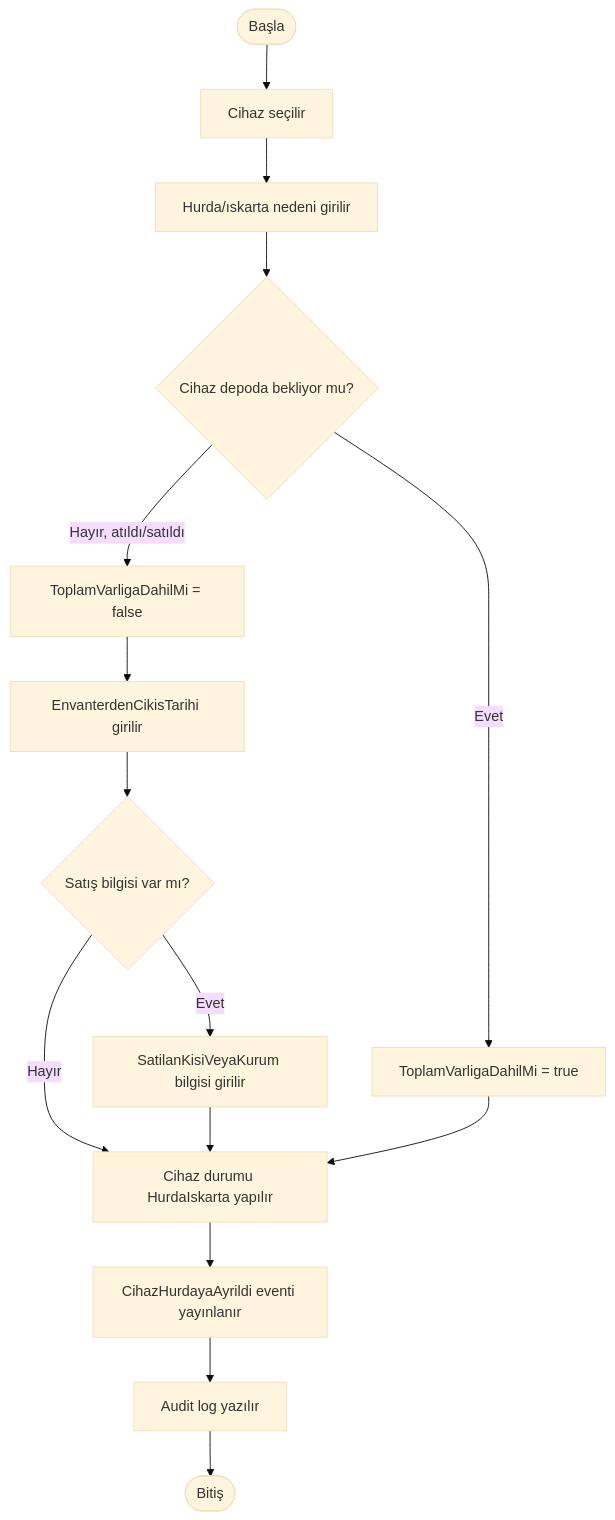
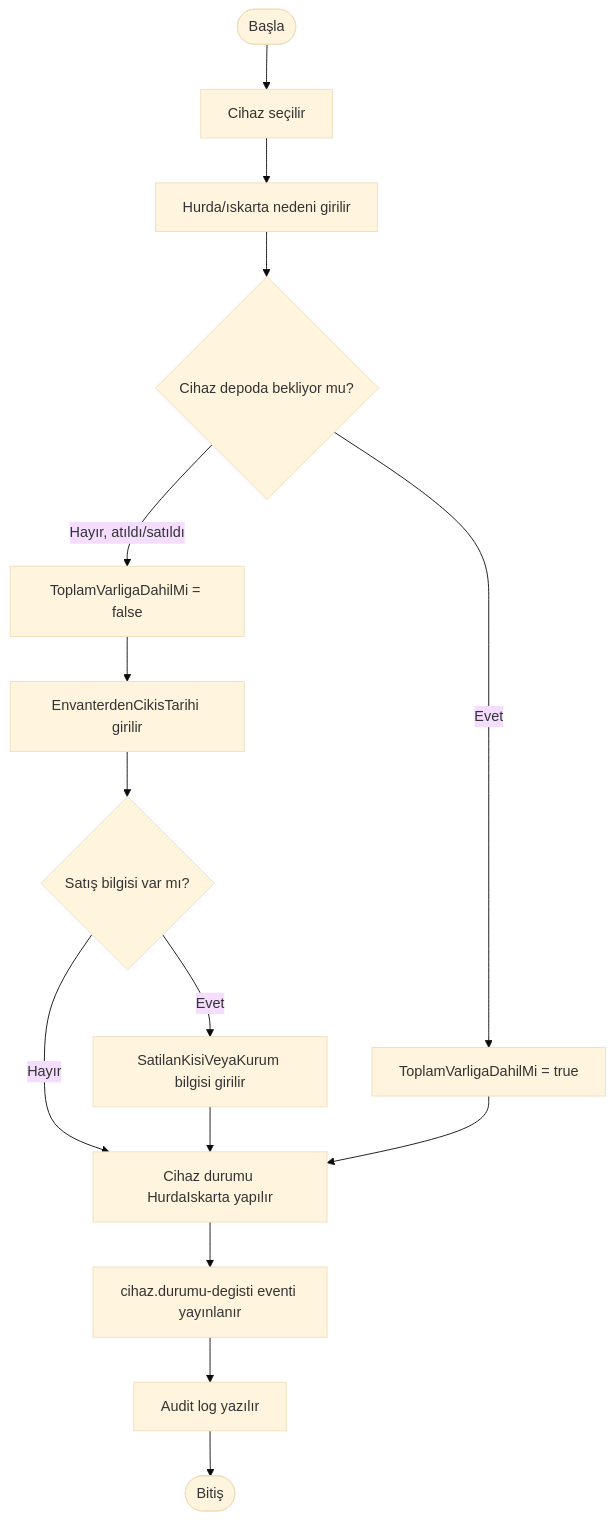
One commit to fatihdmrc/ITEnvanterTakibiMikroservisProjesi changed the diagram in dokümanlar/diyagram kodları/İş Akışları/is-akisi-hurda-iskarta.mmd. Above: the diagram before and after it, drawn with Mermaid (base theme). The commit also changed 80 other files, not shown here.

```diff
--- a/dokümanlar/diyagram kodları/İş Akışları/is-akisi-hurda-iskarta.mmd
+++ b/dokümanlar/diyagram kodları/İş Akışları/is-akisi-hurda-iskarta.mmd
@@ -1,29 +1,29 @@
 flowchart TB
     Start([Başla])
     CihazSec["Cihaz seçilir"]
     Neden["Hurda/ıskarta nedeni girilir"]
     DepodaMi{"Cihaz depoda bekliyor mu?"}
     Depoda["ToplamVarligaDahilMi = true"]
     EldenCikti["ToplamVarligaDahilMi = false"]
     CikisTarihi["EnvanterdenCikisTarihi girilir"]
     SatisVarMi{"Satış bilgisi var mı?"}
     SatisBilgisi["SatilanKisiVeyaKurum bilgisi girilir"]
     Durum["Cihaz durumu HurdaIskarta yapılır"]
-    Event["CihazHurdayaAyrildi eventi yayınlanır"]
+    Event["cihaz.durumu-degisti eventi yayınlanır"]
     Audit["Audit log yazılır"]
     End([Bitiş])
 
     Start --> CihazSec
     CihazSec --> Neden
     Neden --> DepodaMi
     DepodaMi -- "Evet" --> Depoda
     DepodaMi -- "Hayır, atıldı/satıldı" --> EldenCikti
     EldenCikti --> CikisTarihi
     CikisTarihi --> SatisVarMi
     SatisVarMi -- "Evet" --> SatisBilgisi
     SatisVarMi -- "Hayır" --> Durum
     SatisBilgisi --> Durum
     Depoda --> Durum
     Durum --> Event
     Event --> Audit
     Audit --> End
```
